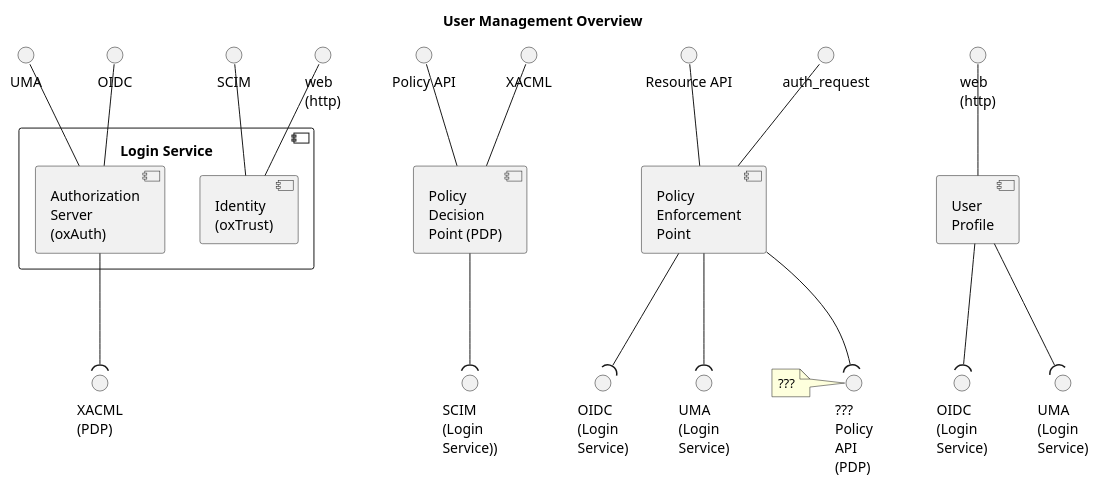
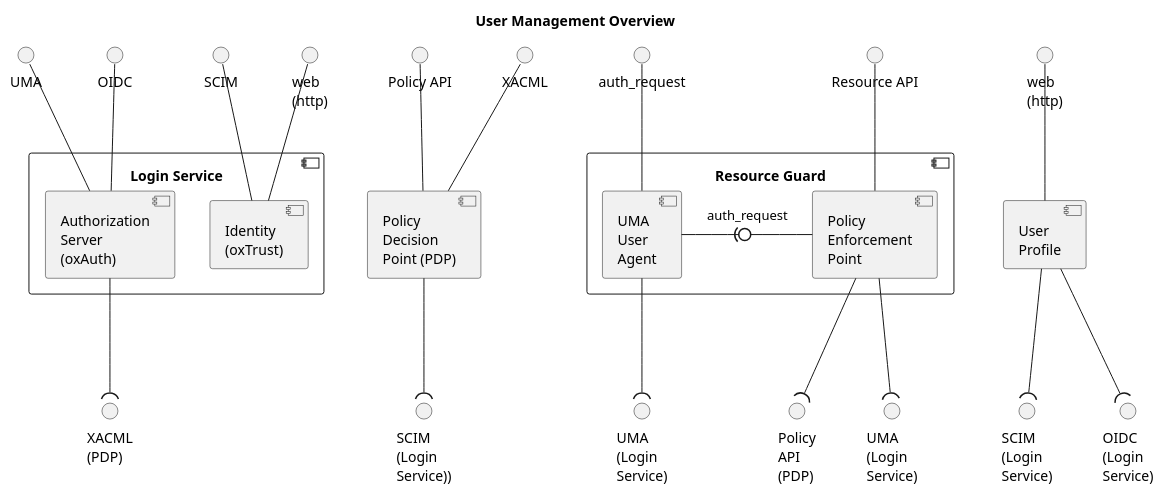
Before and after one commit to EOEPCA/system-description: the diagram in docs/iam/iam-deployment-overview.puml, drawn with PlantUML. The commit also changed 10 other files, not shown here.

Commit message:
Add key interaction sequences for User Management

```diff
--- a/docs/iam/iam-deployment-overview.puml
+++ b/docs/iam/iam-deployment-overview.puml
@@ -1,54 +1,59 @@
 @startuml iam-deployment-overview
 title User Management Overview
 
 ' User Profile
 component "User\nProfile" as profile
 interface "web\n(http)" as profile_web
 profile -up- profile_web
 interface "OIDC\n(Login\nService)" as profile_oidc_required
 profile -down-( profile_oidc_required
-interface "UMA\n(Login\nService)" as profile_uma_required
-profile -down-( profile_uma_required
+interface "SCIM\n(Login\nService)" as profile_scim_required
+profile -down-( profile_scim_required
+
+' Resource Guard
+component "Resource Guard" as guard {
+  component "UMA\nUser\nAgent" as agent
+  component "Policy\nEnforcement\nPoint" as pep
+  pep -right0)- agent : auth_request
+}
 
 ' PEP
-component "Policy\nEnforcement\nPoint" as pep
-interface "auth_request" as auth_request
-pep -up- auth_request
 interface "Resource API" as resource_api
 pep -up- resource_api
-interface "OIDC\n(Login\nService)" as pep_oidc_required
-pep -down-( pep_oidc_required
 interface "UMA\n(Login\nService)" as pep_uma_required
 pep -down-( pep_uma_required
-interface "???\nPolicy\nAPI\n(PDP)" as pep_policyapi_required
+interface "Policy\nAPI\n(PDP)" as pep_policyapi_required
 pep -down-( pep_policyapi_required
-note left
-  ???
-end note
+
+' UMA User Agent
+interface "auth_request" as agent_auth_request
+agent -up- agent_auth_request
+interface "UMA\n(Login\nService)" as agent_uma_required
+agent -down-( agent_uma_required
 
 ' PDP
 component "Policy\nDecision\nPoint (PDP)" as pdp
 interface "XACML" as xacml
 pdp -up- xacml
 interface "Policy API" as policy_api
 pdp -up- policy_api
 interface "SCIM\n(Login\nService))" as pdp_scim_required
 pdp -down-( pdp_scim_required
 
 ' Login Service
 component "Login Service" as ls {
   component "Identity\n(oxTrust)" as oxtrust
   component "Authorization\nServer\n(oxAuth)" as oxauth
 }
 interface "web\n(http)" as lsweb
 oxtrust -up- lsweb
 interface "SCIM" as scim
 oxtrust -up- scim
 interface "OIDC" as oidc
 oxauth -up- oidc
 interface "UMA" as uma
 oxauth -up- uma
 interface "XACML\n(PDP)" as login_xacml_required
 oxauth -down-( login_xacml_required
 
 @enduml
```
